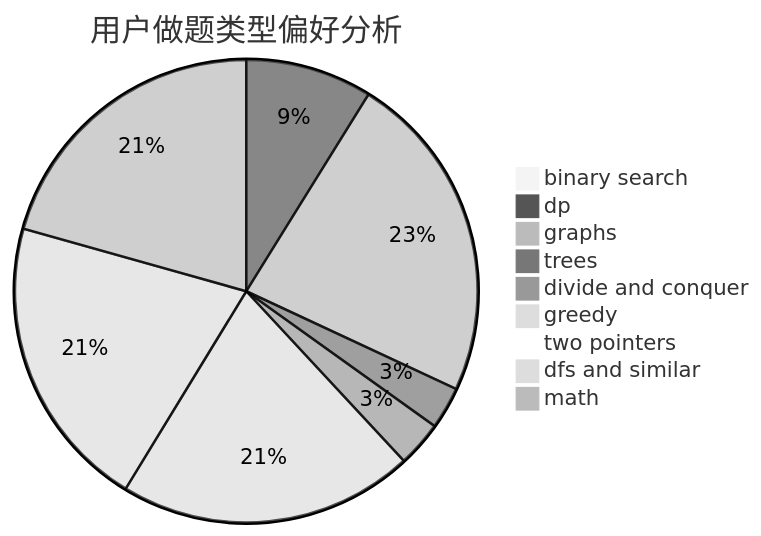
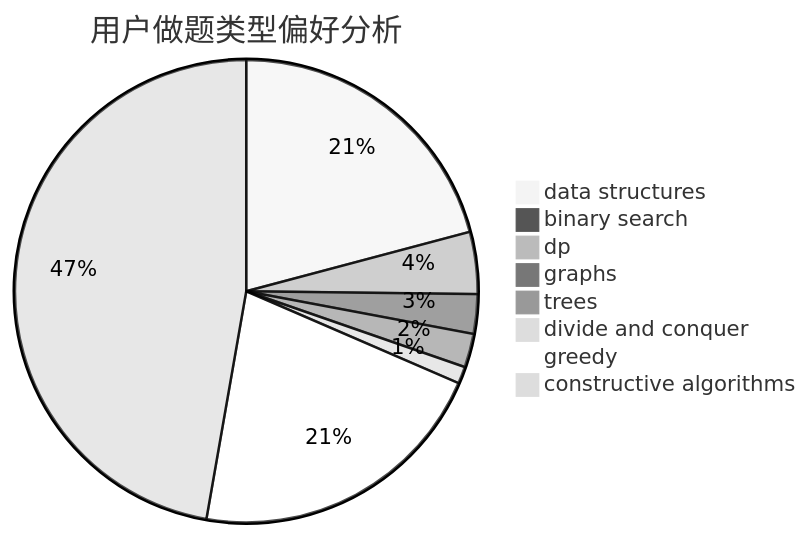
One commit to sherpahu/cfrs.github.io changed the second of 3 diagrams in docs/user/u2161.md. Above: the diagram before and after it, drawn with Mermaid (neutral theme). The commit also changed other lines of this file and 2775 other files, not shown here.

````diff
--- a/docs/user/u2161.md
+++ b/docs/user/u2161.md
@@ -23,12 +23,11 @@
 ```mermaid
 pie title 用户做题类型偏好分析
-    "binary search" :  1
-    "dp" :  36
-    "graphs" :  94
-    "trees" :  12
-    "divide and conquer" :  13
-    "greedy" :  84
-    "two pointers" :  0
-    "dfs and similar" :  84
-    "math" :  84
+    "data structures" :  53
+    "binary search" :  0
+    "dp" :  11
+    "graphs" :  7
+    "trees" :  6
+    "divide and conquer" :  3
+    "greedy" :  54
+    "constructive algorithms" :  120
 ```
````
